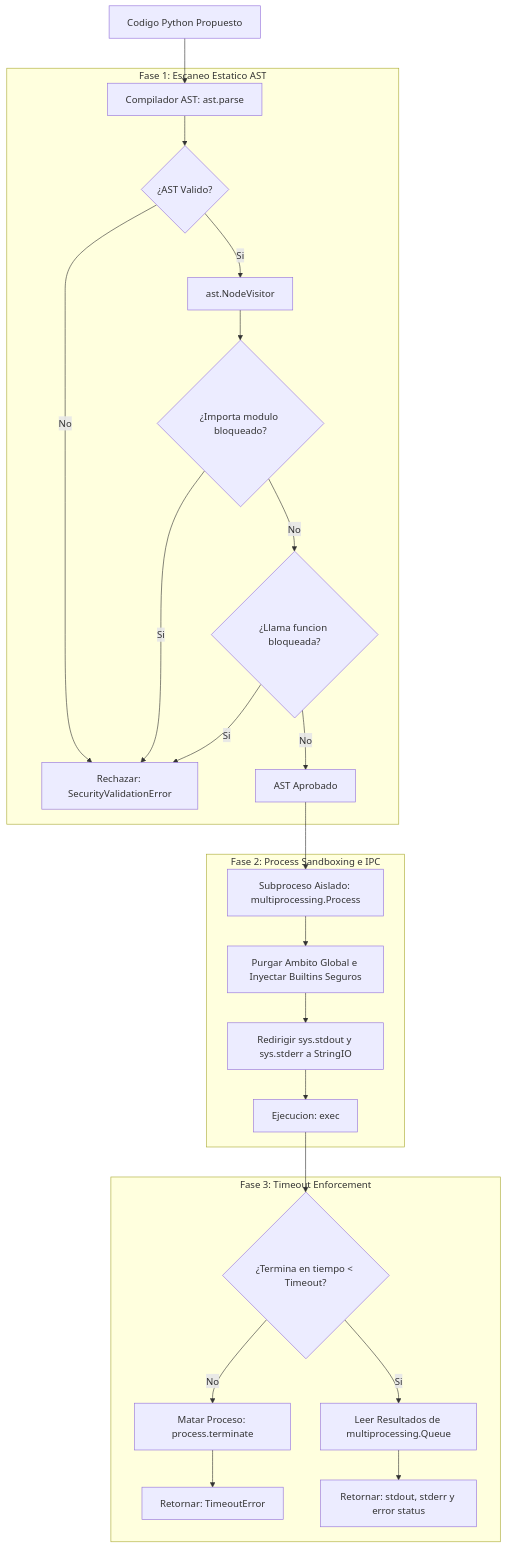
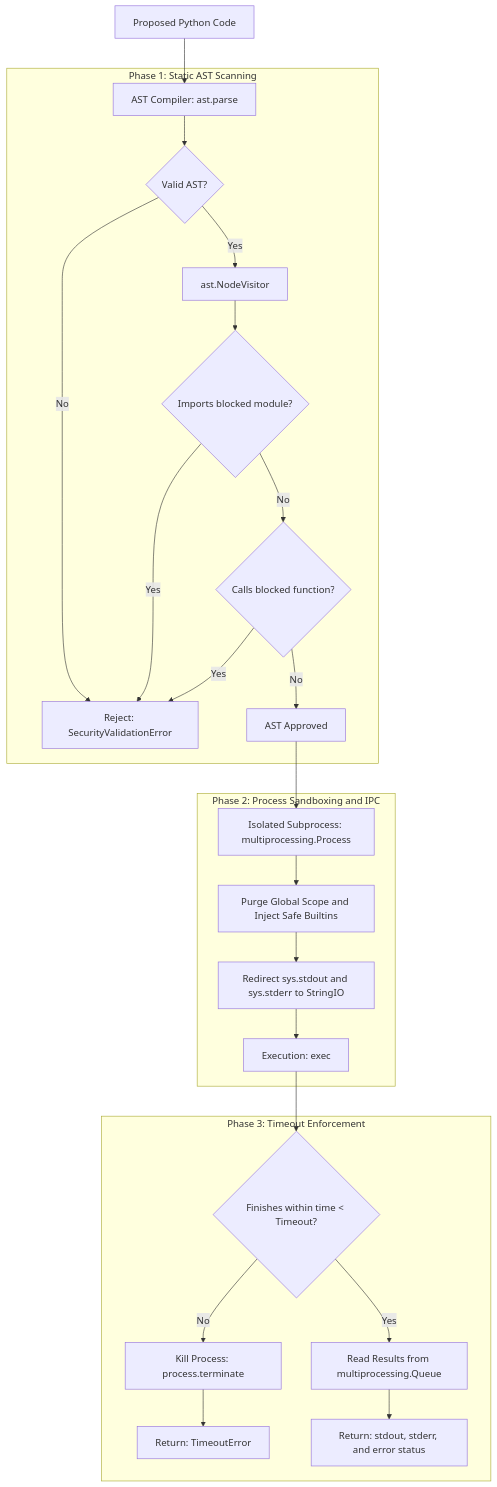
Before and after one commit to juanmmm21/secure-tool-runtime: the diagram in README.md, drawn with Mermaid. The commit also changed other lines of this file, not shown here.

````diff
--- a/README.md
+++ b/README.md
@@ -9,30 +9,30 @@
 ```mermaid
 flowchart TD
-    RawCode[Codigo Python Propuesto] --> ASTParse[Compilador AST: ast.parse]
+    RawCode[Proposed Python Code] --> ASTParse[AST Compiler: ast.parse]
     
-    subgraph Fase 1: Escaneo Estatico AST
-        ASTParse --> ASTCheck{¿AST Valido?}
-        ASTCheck -->|No| SecurityError[Rechazar: SecurityValidationError]
-        ASTCheck -->|Si| Visitor[ast.NodeVisitor]
-        Visitor --> ImportCheck{¿Importa modulo bloqueado?}
-        ImportCheck -->|Si| SecurityError
-        ImportCheck -->|No| CallCheck{¿Llama funcion bloqueada?}
-        CallCheck -->|Si| SecurityError
-        CallCheck -->|No| SafeAST[AST Aprobado]
+    subgraph Phase 1: Static AST Scanning
+        ASTParse --> ASTCheck{Valid AST?}
+        ASTCheck -->|No| SecurityError[Reject: SecurityValidationError]
+        ASTCheck -->|Yes| Visitor[ast.NodeVisitor]
+        Visitor --> ImportCheck{Imports blocked module?}
+        ImportCheck -->|Yes| SecurityError
+        ImportCheck -->|No| CallCheck{Calls blocked function?}
+        CallCheck -->|Yes| SecurityError
+        CallCheck -->|No| SafeAST[AST Approved]
     end
     
-    subgraph Fase 2: Process Sandboxing e IPC
-        SafeAST --> Spawn[Subproceso Aislado: multiprocessing.Process]
-        Spawn --> PurgeBuiltins[Purgar Ambito Global e Inyectar Builtins Seguros]
-        PurgeBuiltins --> RedirectIO[Redirigir sys.stdout y sys.stderr a StringIO]
-        RedirectIO --> Exec[Ejecucion: exec]
+    subgraph Phase 2: Process Sandboxing and IPC
+        SafeAST --> Spawn[Isolated Subprocess: multiprocessing.Process]
+        Spawn --> PurgeBuiltins[Purge Global Scope and Inject Safe Builtins]
+        PurgeBuiltins --> RedirectIO[Redirect sys.stdout and sys.stderr to StringIO]
+        RedirectIO --> Exec[Execution: exec]
     end
     
-    subgraph Fase 3: Timeout Enforcement
-        Exec --> ParentJoin{¿Termina en tiempo < Timeout?}
-        ParentJoin -->|No| Terminate[Matar Proceso: process.terminate]
-        Terminate --> TimeoutResponse[Retornar: TimeoutError]
-        ParentJoin -->|Si| QueueRead[Leer Resultados de multiprocessing.Queue]
-        QueueRead --> FinalResponse[Retornar: stdout, stderr y error status]
+    subgraph Phase 3: Timeout Enforcement
+        Exec --> ParentJoin{Finishes within time < Timeout?}
+        ParentJoin -->|No| Terminate[Kill Process: process.terminate]
+        Terminate --> TimeoutResponse[Return: TimeoutError]
+        ParentJoin -->|Yes| QueueRead[Read Results from multiprocessing.Queue]
+        QueueRead --> FinalResponse[Return: stdout, stderr, and error status]
     end
 ```
````
